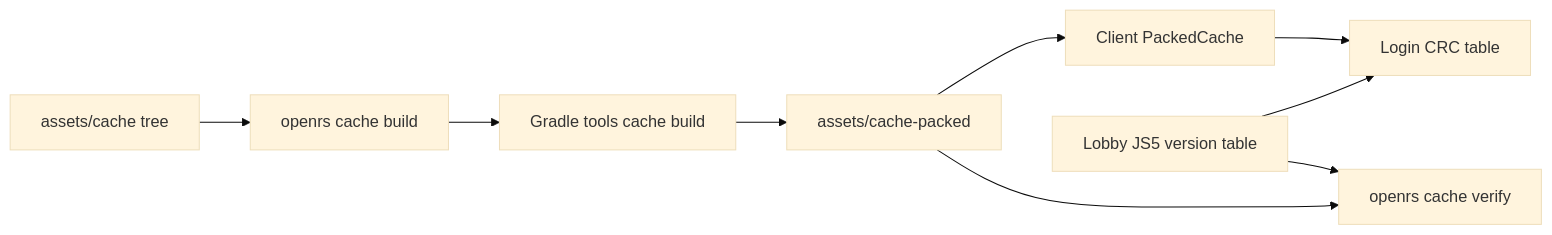
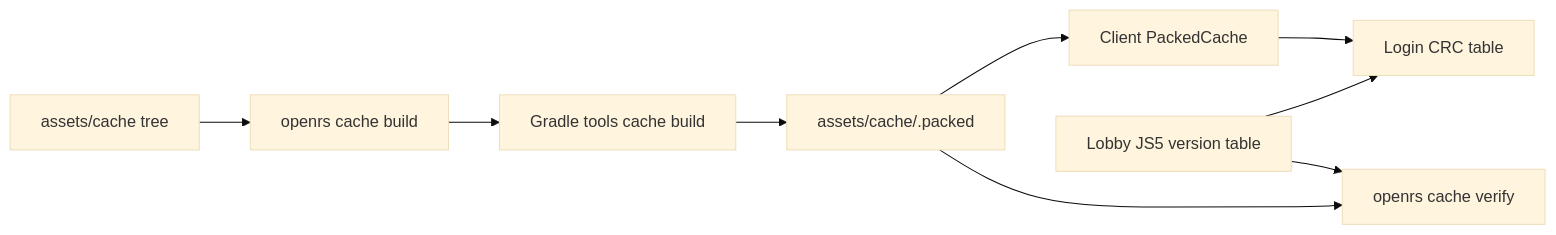
Before and after one commit to Dev-Maker-Studio/Open-Runescape: the diagram in src/CACHE.md, drawn with Mermaid (base theme). The commit also changed other lines of this file and 1740 other files, not shown here.

````diff
--- a/src/CACHE.md
+++ b/src/CACHE.md
@@ -5,11 +5,11 @@
 ```mermaid
 flowchart LR
   T[assets/cache tree] --> B[openrs cache build]
   B --> G[Gradle tools cache build]
-  G --> P[assets/cache-packed]
+  G --> P[assets/cache/.packed]
   P --> C[Client PackedCache]
   C --> L[Login CRC table]
   S[Lobby JS5 version table] --> L
   S --> V[openrs cache verify]
   P --> V
 ```
````
